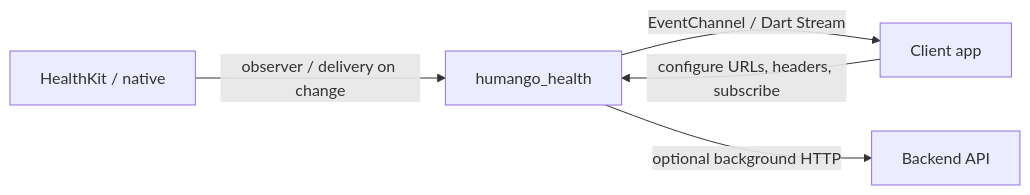
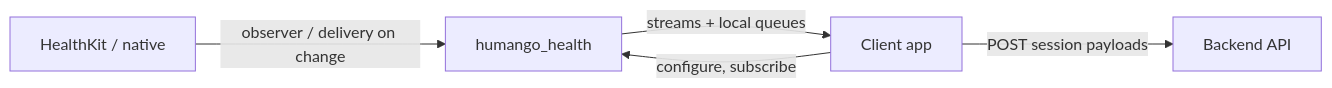
Before and after one commit to TeamGenius/humango-health: the diagram in docs/client_integration_contract.md, drawn with Mermaid. The commit also changed other lines of this file and 22 other files, not shown here.

````diff
--- a/docs/client_integration_contract.md
+++ b/docs/client_integration_contract.md
@@ -37,12 +37,12 @@
 ```mermaid
 flowchart LR
   HK[HealthKit / native]
   Lib[humango_health]
   App[Client app]
   API[Backend API]
 
   HK -->|observer / delivery on change| Lib
-  Lib -->|EventChannel / Dart Stream| App
-  Lib -->|optional background HTTP| API
-  App -->|configure URLs, headers, subscribe| Lib
+  Lib -->|streams + local queues| App
+  App -->|POST session payloads| API
+  App -->|configure, subscribe| Lib
 ```
````
